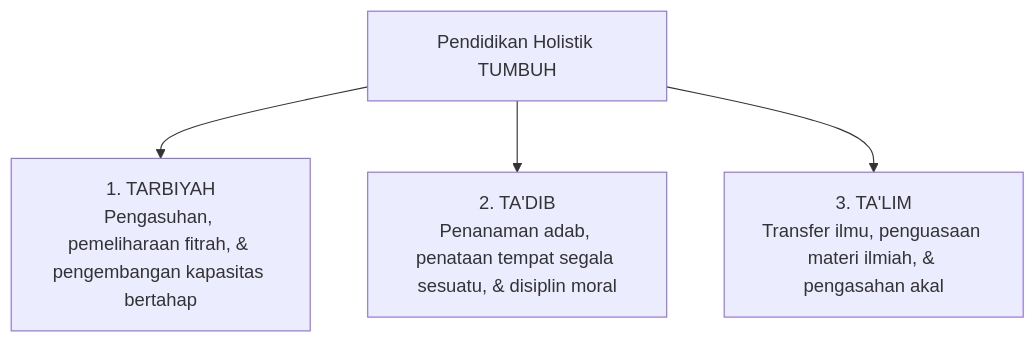
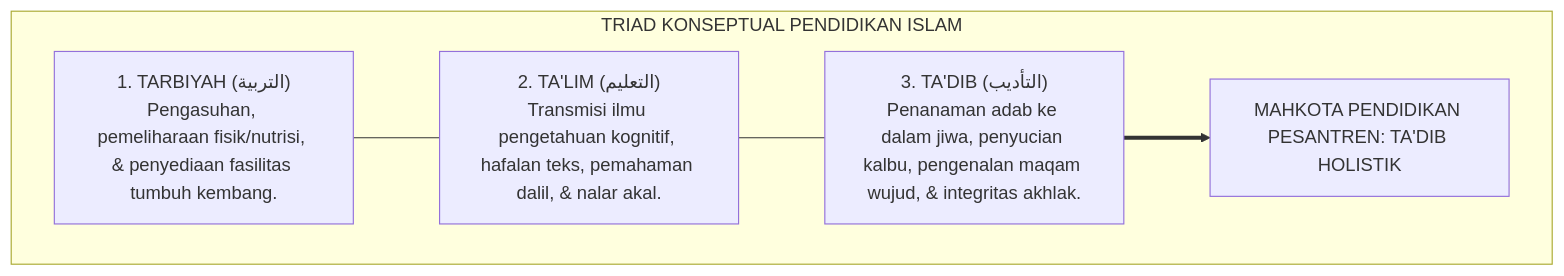
One commit to wandiapriliyandi/tumbuh changed the diagram in 01 Philosophy/04 Education/P1-04-01-Falsafah-Tarbiyah-Tadib-Talim.md. Above: the diagram before and after it, drawn with Mermaid. The commit also changed other lines of this file and 4 other files, not shown here.

````diff
--- a/01 Philosophy/04 Education/P1-04-01-Falsafah-Tarbiyah-Tadib-Talim.md
+++ b/01 Philosophy/04 Education/P1-04-01-Falsafah-Tarbiyah-Tadib-Talim.md
@@ -12,7 +26,12 @@
 ```mermaid
 graph TD
-    Pendidikan["Pendidikan Holistik TUMBUH"]
-    Pendidikan --> Tarbiyah["1. TARBIYAH<br/>Pengasuhan, pemeliharaan fitrah, & pengembangan kapasitas bertahap"]
-    Pendidikan --> Tadib["2. TA'DIB<br/>Penanaman adab, penataan tempat segala sesuatu, & disiplin moral"]
-    Pendidikan --> Talim["3. TA'LIM<br/>Transfer ilmu, penguasaan materi ilmiah, & pengasahan akal"]
+    subgraph TriadPendidikan["TRIAD KONSEPTUAL PENDIDIKAN ISLAM"]
+        Tarbiyah["1. TARBIYAH (التربية)<br/>Pengasuhan, pemeliharaan fisik/nutrisi, & penyediaan fasilitas tumbuh kembang."]
+        Talim["2. TA'LIM (التعليم)<br/>Transmisi ilmu pengetahuan kognitif, hafalan teks, pemahaman dalil, & nalar akal."]
+        Tadib["3. TA'DIB (التأديب)<br/>Penanaman adab ke dalam jiwa, penyucian kalbu, pengenalan maqam wujud, & integritas akhlak."]
+        
+        Tarbiyah --- Talim
+        Talim --- Tadib
+        Tadib ==> Mahkota["MAHKOTA PENDIDIKAN PESANTREN: TA'DIB HOLISTIK"]
+    end
 ```
````
